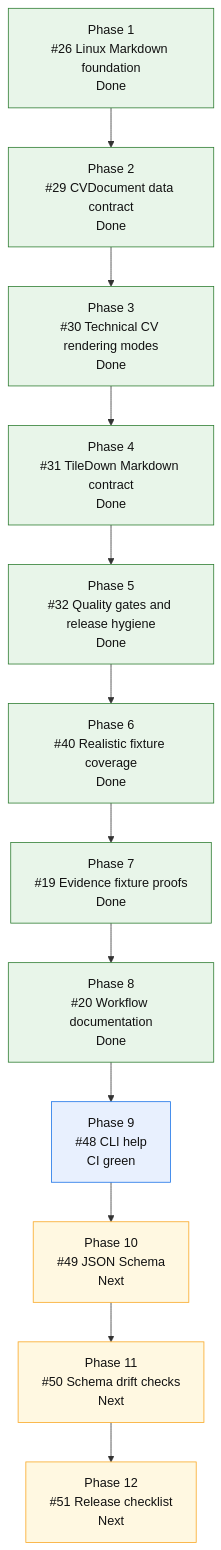
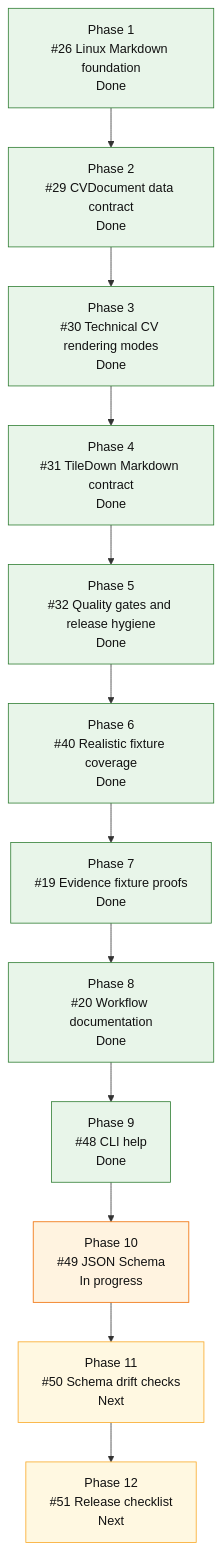
The diagram in README.md (mihaelamj/cvbuilder), drawn with Mermaid before and after one commit. The commit also changed other lines of this file and 6 other files, not shown here.

Commit message:
docs(schema): add CVDocument JSON Schema

````diff
--- a/README.md
+++ b/README.md
@@ -163,28 +165,28 @@
 ```mermaid
 flowchart TD
     P1["Phase 1<br/>#26 Linux Markdown foundation<br/>Done"]
     P2["Phase 2<br/>#29 CVDocument data contract<br/>Done"]
     P3["Phase 3<br/>#30 Technical CV rendering modes<br/>Done"]
     P4["Phase 4<br/>#31 TileDown Markdown contract<br/>Done"]
     P5["Phase 5<br/>#32 Quality gates and release hygiene<br/>Done"]
     P6["Phase 6<br/>#40 Realistic fixture coverage<br/>Done"]
     P7["Phase 7<br/>#19 Evidence fixture proofs<br/>Done"]
     P8["Phase 8<br/>#20 Workflow documentation<br/>Done"]
-    P9["Phase 9<br/>#48 CLI help<br/>CI green"]
-    P10["Phase 10<br/>#49 JSON Schema<br/>Next"]
+    P9["Phase 9<br/>#48 CLI help<br/>Done"]
+    P10["Phase 10<br/>#49 JSON Schema<br/>In progress"]
     P11["Phase 11<br/>#50 Schema drift checks<br/>Next"]
     P12["Phase 12<br/>#51 Release checklist<br/>Next"]
 
     P1 --> P2 --> P3 --> P4 --> P5 --> P6 --> P7 --> P8 --> P9 --> P10 --> P11 --> P12
 
     classDef done fill:#e8f5e9,stroke:#2e7d32,color:#111;
     classDef active fill:#fff3e0,stroke:#ef6c00,color:#111;
     classDef review fill:#e8f0fe,stroke:#1a73e8,color:#111;
     classDef next fill:#fff8e1,stroke:#f9a825,color:#111;
     classDef partial fill:#e0f7fa,stroke:#00838f,color:#111;
     classDef todo fill:#eef3ff,stroke:#3367d6,color:#111;
     class P1,P2,P3,P4 done;
-    class P5,P6,P7,P8 done;
-    class P9 review;
-    class P10,P11,P12 next;
+    class P5,P6,P7,P8,P9 done;
+    class P10 active;
+    class P11,P12 next;
 ```
````
